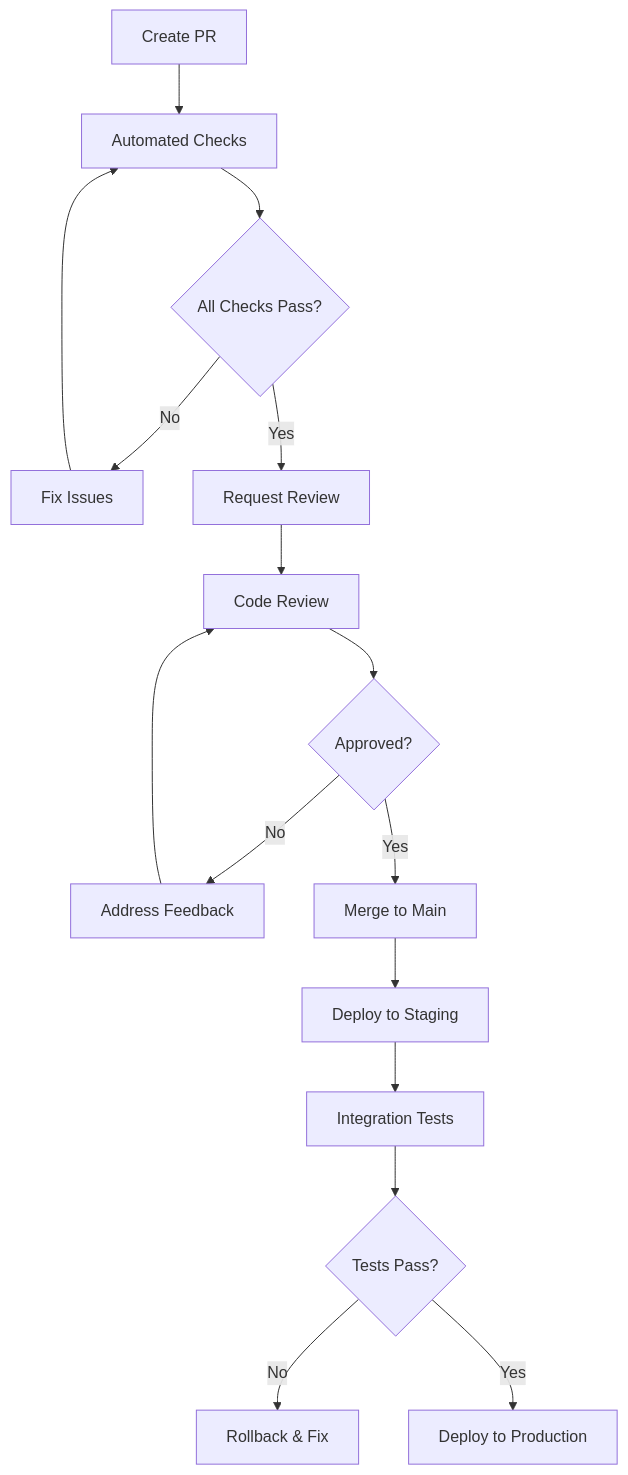
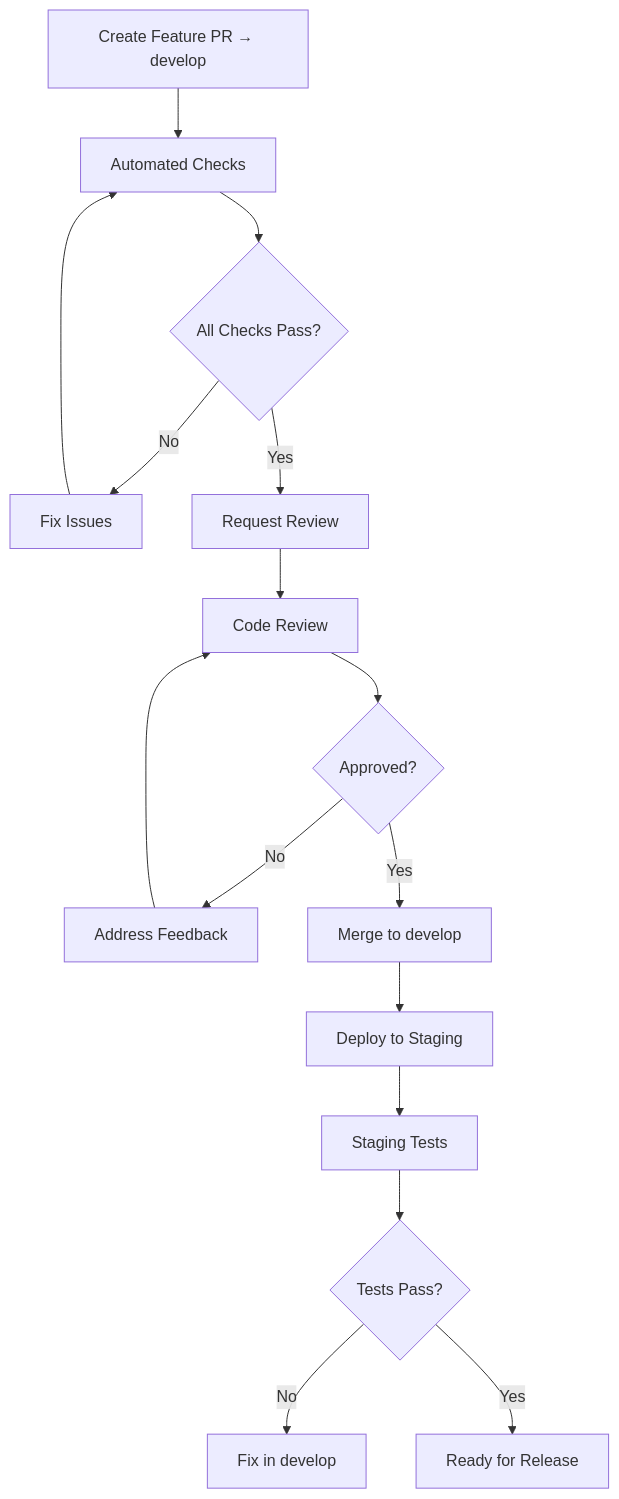
One commit to RussOakham/macro-ai changed the second of 3 diagrams in docs/operations/merge-strategy.md. Above: the diagram before and after it, drawn with Mermaid. The commit also changed other lines of this file and 24 other files, not shown here.

Commit message:
ci(git flow): refactor from trunk-based to git flow based development workflow

````diff
--- a/docs/operations/merge-strategy.md
+++ b/docs/operations/merge-strategy.md
@@ -286,18 +378,18 @@
 ```mermaid
 flowchart TD
-    A[Create PR] --> B[Automated Checks]
+    A[Create Feature PR → develop] --> B[Automated Checks]
     B --> C{All Checks Pass?}
     C -->|No| D[Fix Issues]
     D --> B
     C -->|Yes| E[Request Review]
     E --> F[Code Review]
     F --> G{Approved?}
     G -->|No| H[Address Feedback]
     H --> F
-    G -->|Yes| I[Merge to Main]
+    G -->|Yes| I[Merge to develop]
     I --> J[Deploy to Staging]
-    J --> K[Integration Tests]
+    J --> K[Staging Tests]
     K --> L{Tests Pass?}
-    L -->|No| M[Rollback & Fix]
-    L -->|Yes| N[Deploy to Production]
+    L -->|No| M[Fix in develop]
+    L -->|Yes| N[Ready for Release]
 ```
````
